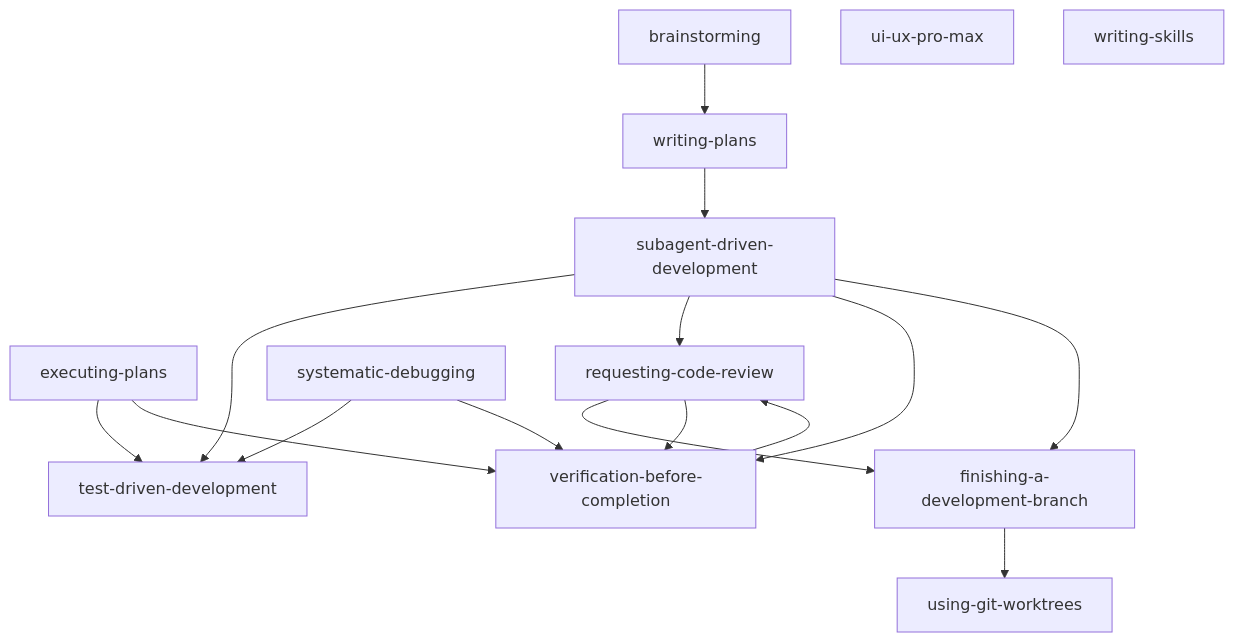
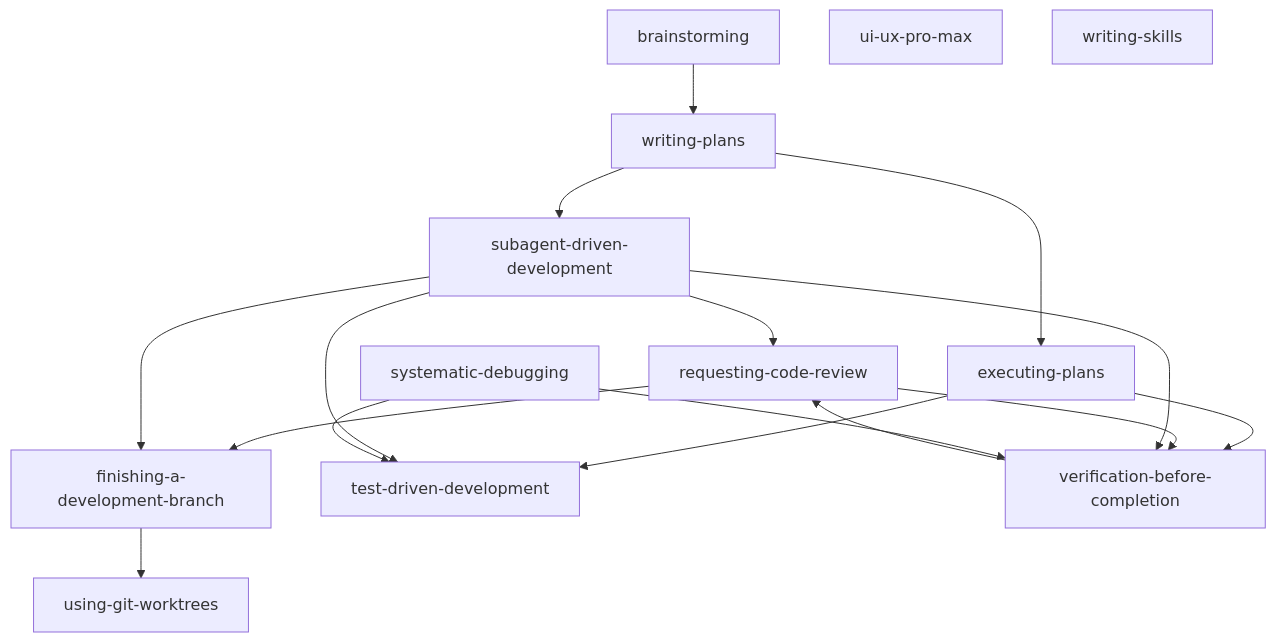
One commit to dougss/nexus changed the diagram in docs/skill-graph.md. Above: the diagram before and after it, drawn with Mermaid. The commit also changed 4 other files, not shown here.

First line of the commit message:
fix: code review corrections — graph edges, placeholder check, enforcement tags, Skill tool precedence

````diff
--- a/docs/skill-graph.md
+++ b/docs/skill-graph.md
@@ -5,30 +5,31 @@
 ```mermaid
 graph TD
     brainstorming["brainstorming"]
     executing_plans["executing-plans"]
     finishing_a_development_branch["finishing-a-development-branch"]
     requesting_code_review["requesting-code-review"]
     subagent_driven_development["subagent-driven-development"]
     systematic_debugging["systematic-debugging"]
     test_driven_development["test-driven-development"]
     ui_ux_pro_max["ui-ux-pro-max"]
     using_git_worktrees["using-git-worktrees"]
     verification_before_completion["verification-before-completion"]
     writing_plans["writing-plans"]
     writing_skills["writing-skills"]
 
     brainstorming --> writing_plans
     executing_plans --> test_driven_development
     executing_plans --> verification_before_completion
     finishing_a_development_branch --> using_git_worktrees
     requesting_code_review --> finishing_a_development_branch
     requesting_code_review --> verification_before_completion
     subagent_driven_development --> test_driven_development
     subagent_driven_development --> requesting_code_review
     subagent_driven_development --> verification_before_completion
     subagent_driven_development --> finishing_a_development_branch
     systematic_debugging --> test_driven_development
     systematic_debugging --> verification_before_completion
     verification_before_completion --> requesting_code_review
     writing_plans --> subagent_driven_development
+    writing_plans --> executing_plans
 ```
````
